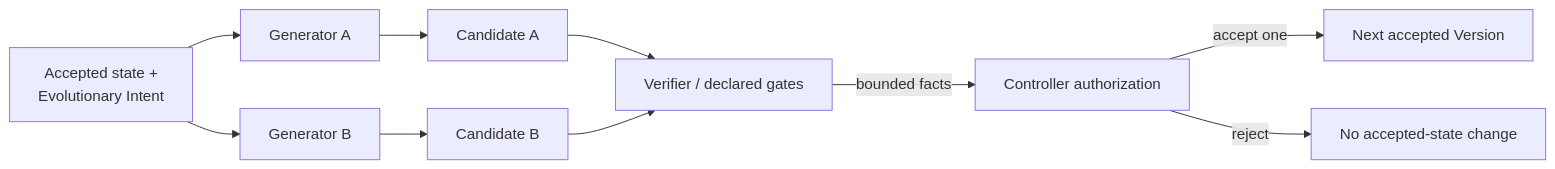
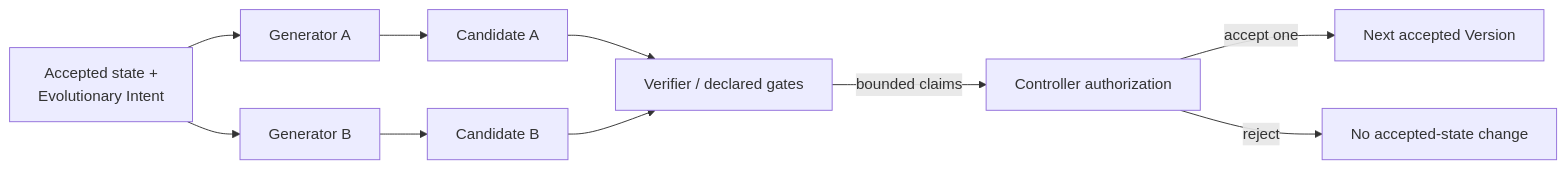
Before and after one commit to jpfraneto/tohseno: the third of 5 diagrams in WHITEPAPER.md, drawn with Mermaid. The commit also changed other lines of this file and 16 other files, not shown here.

````diff
--- a/WHITEPAPER.md
+++ b/WHITEPAPER.md
@@ -318,16 +318,16 @@
 ```mermaid
 flowchart LR
     I["Accepted state +<br/>Evolutionary Intent"]
     G1["Generator A"]
     G2["Generator B"]
     C1["Candidate A"]
     C2["Candidate B"]
     V["Verifier / declared gates"]
     A["Controller authorization"]
     N["Next accepted Version"]
     I --> G1 --> C1 --> V
     I --> G2 --> C2 --> V
-    V -->|bounded facts| A
+    V -->|bounded claims| A
     A -->|accept one| N
     A -->|reject| X["No accepted-state change"]
 ```
````
